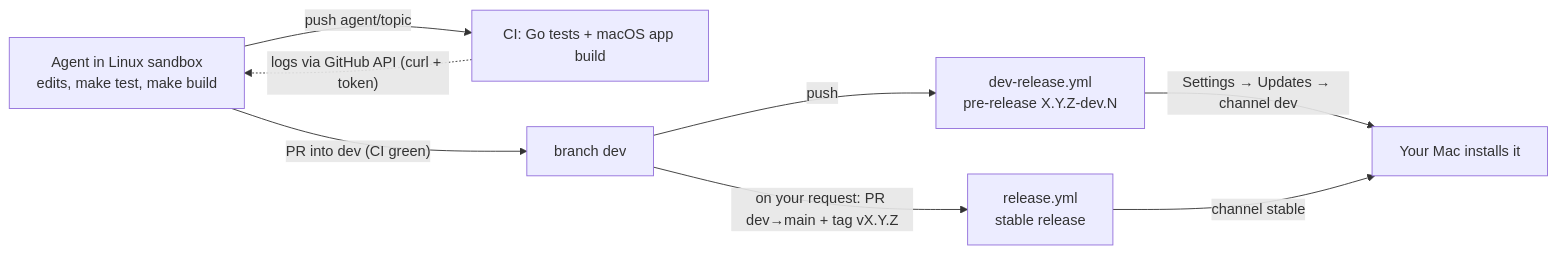
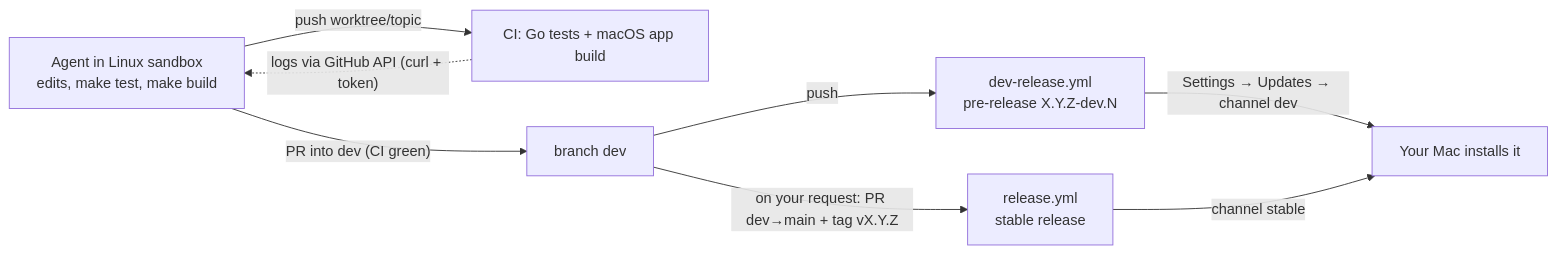
Before and after one commit to DevertNet/bergfried: the diagram in docs/design/develop-in-sandbox.md, drawn with Mermaid. The commit also changed other lines of this file and 56 other files, not shown here.

````diff
--- a/docs/design/develop-in-sandbox.md
+++ b/docs/design/develop-in-sandbox.md
@@ -8,10 +8,10 @@
 ```mermaid
 flowchart LR
-  A["Agent in Linux sandbox<br/>edits, make test, make build"] -->|"push agent/topic"| C1["CI: Go tests + macOS app build"]
+  A["Agent in Linux sandbox<br/>edits, make test, make build"] -->|"push worktree/topic"| C1["CI: Go tests + macOS app build"]
   A -->|"PR into dev (CI green)"| D["branch dev"]
   D -->|"push"| R["dev-release.yml<br/>pre-release X.Y.Z-dev.N"]
   R -->|"Settings → Updates → channel dev"| M["Your Mac installs it"]
   D -->|"on your request: PR dev→main + tag vX.Y.Z"| S["release.yml<br/>stable release"]
   S -->|"channel stable"| M
   C1 -.->|"logs via GitHub API (curl + token)"| A
 ```
````
